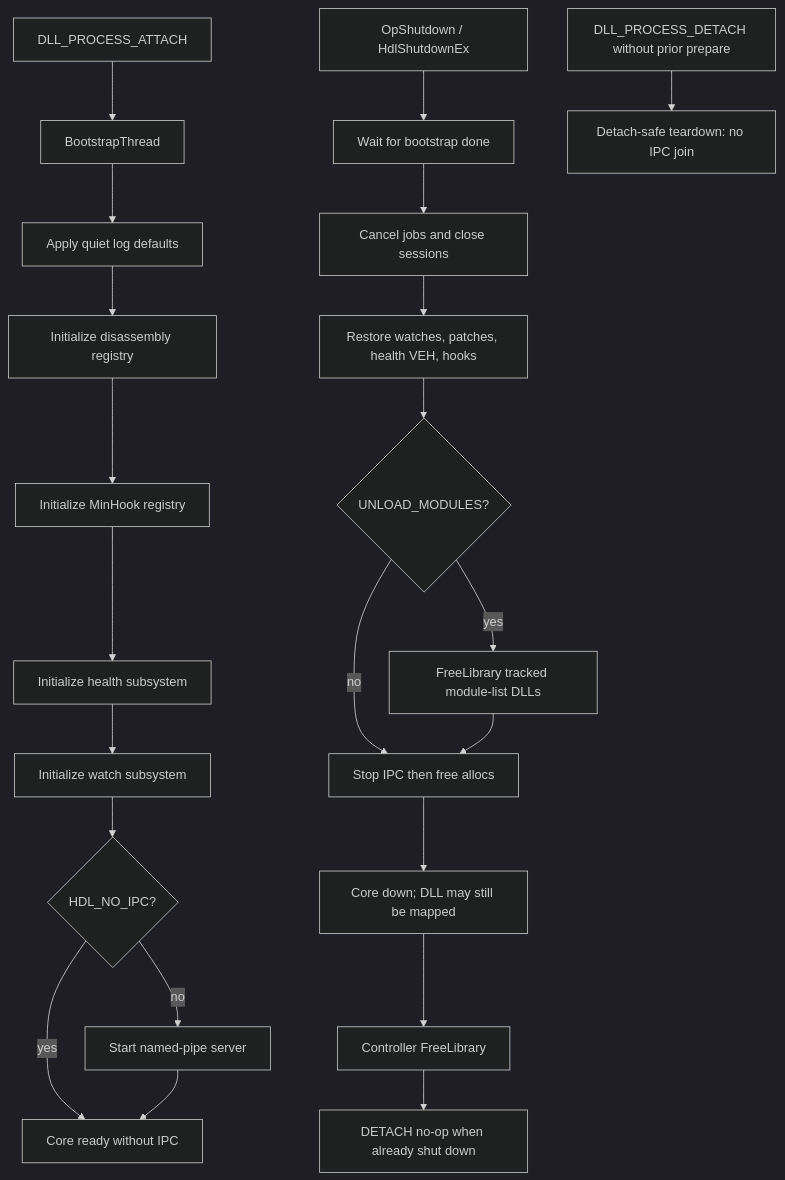
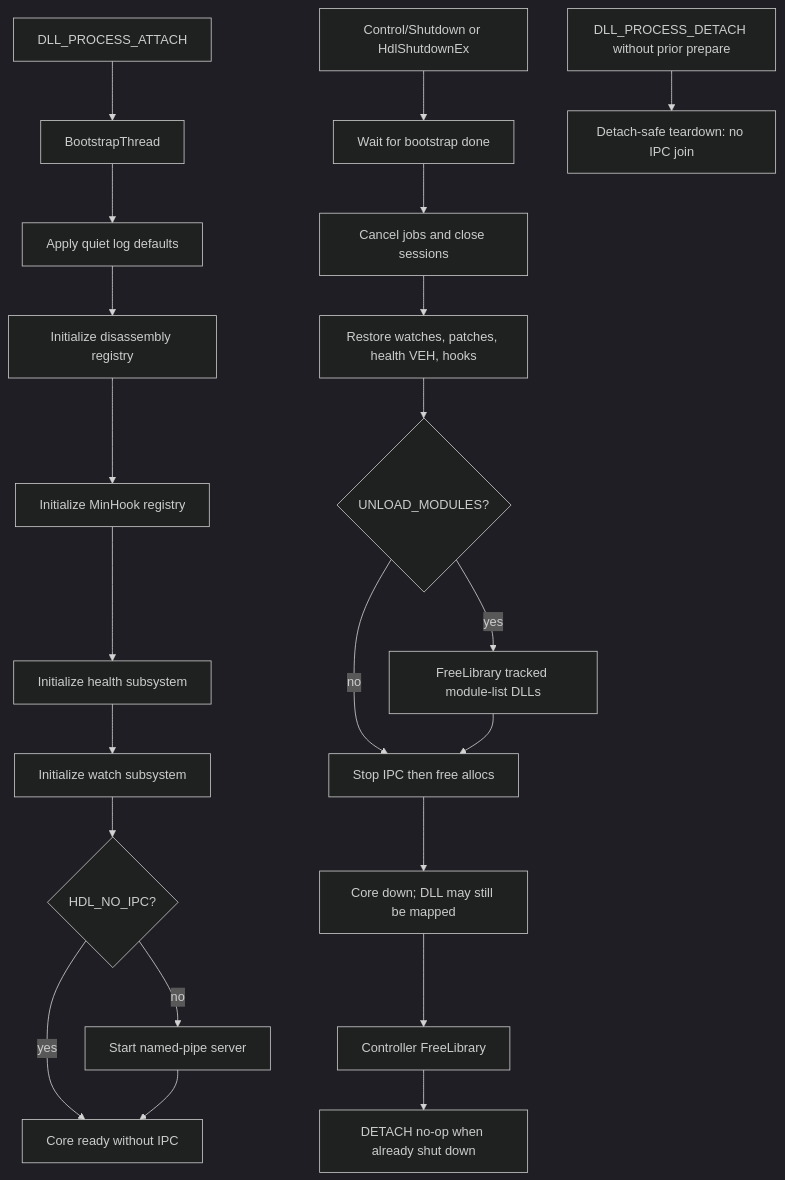
Before and after one commit to random-things/hdllib-ng: the third of 7 diagrams in docs/architecture.md, drawn with Mermaid (dark theme). The commit also changed other lines of this file and 71 other files, not shown here.

````diff
--- a/docs/architecture.md
+++ b/docs/architecture.md
@@ -94,26 +94,26 @@
 ```mermaid
 flowchart TD
     Attach["DLL_PROCESS_ATTACH"] --> Bootstrap["BootstrapThread"]
     Bootstrap --> Quiet["Apply quiet log defaults"]
     Quiet --> Disasm["Initialize disassembly registry"]
     Disasm --> Hooks["Initialize MinHook registry"]
     Hooks --> Health["Initialize health subsystem"]
     Health --> Watch["Initialize watch subsystem"]
     Watch --> NoIPC{"HDL_NO_IPC?"}
     NoIPC -- "no" --> Server["Start named-pipe server"]
     NoIPC -- "yes" --> Ready["Core ready without IPC"]
     Server --> Ready
 
-    Prepare["OpShutdown / HdlShutdownEx"] --> WaitBoot["Wait for bootstrap done"]
+    Prepare["Control/Shutdown or HdlShutdownEx"] --> WaitBoot["Wait for bootstrap done"]
     WaitBoot --> Jobs["Cancel jobs and close sessions"]
     Jobs --> Restore["Restore watches, patches, health VEH, hooks"]
     Restore --> Modules{"UNLOAD_MODULES?"}
     Modules -- "yes" --> FreeTracked["FreeLibrary tracked module-list DLLs"]
     Modules -- "no" --> StopPipe
     FreeTracked --> StopPipe["Stop IPC then free allocs"]
     StopPipe --> Idle["Core down; DLL may still be mapped"]
 
     Detach["DLL_PROCESS_DETACH without prior prepare"] --> DetachSafe["Detach-safe teardown: no IPC join"]
     Idle --> FreeLib["Controller FreeLibrary"]
     FreeLib --> DetachNoop["DETACH no-op when already shut down"]
 ```
````
